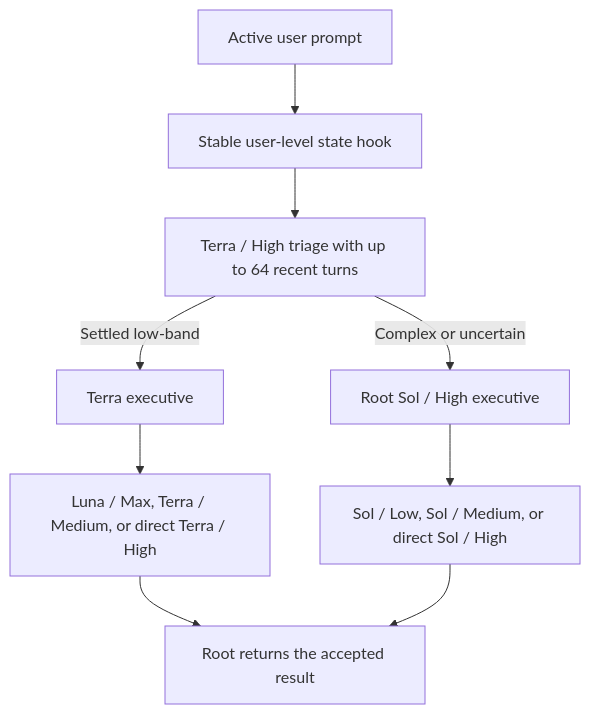
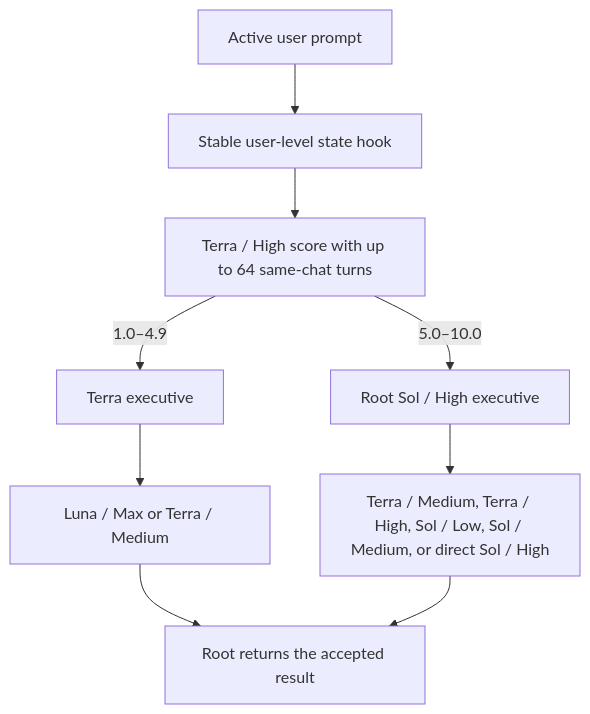
The diagram in README.md (jessejaffe/codex-orchestration), drawn with Mermaid before and after one commit. The commit also changed other lines of this file and 8 other files, not shown here.

````diff
--- a/README.md
+++ b/README.md
@@ -42,11 +53,11 @@
 ```mermaid
 flowchart TD
     U["Active user prompt"] --> H["Stable user-level state hook"]
-    H --> T["Terra / High triage with up to 64 recent turns"]
-    T -->|"Settled low-band"| L["Terra executive"]
-    L --> P1["Luna / Max, Terra / Medium, or direct Terra / High"]
-    T -->|"Complex or uncertain"| S["Root Sol / High executive"]
-    S --> P2["Sol / Low, Sol / Medium, or direct Sol / High"]
+    H --> T["Terra / High score with up to 64 same-chat turns"]
+    T -->|"1.0–4.9"| L["Terra executive"]
+    L --> P1["Luna / Max or Terra / Medium"]
+    T -->|"5.0–10.0"| S["Root Sol / High executive"]
+    S --> P2["Terra / Medium, Terra / High, Sol / Low, Sol / Medium, or direct Sol / High"]
     P1 --> R["Root returns the accepted result"]
     P2 --> R
 ```
````
